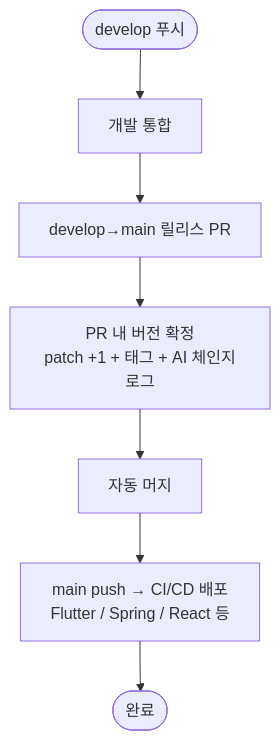
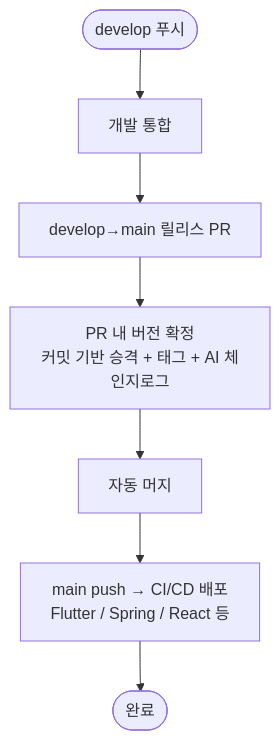
The second of 2 diagrams in README.md (Cassiiopeia/projectops), drawn with Mermaid before and after one commit. The commit also changed other lines of this file and 8 other files, not shown here.

````diff
--- a/README.md
+++ b/README.md
@@ -66,9 +66,9 @@
 ```mermaid
 flowchart TD
     A([develop 푸시]) --> B[개발 통합]
     B --> C[develop→main 릴리스 PR]
-    C --> D["PR 내 버전 확정<br/>patch +1 + 태그 + AI 체인지로그"]
+    C --> D["PR 내 버전 확정<br/>커밋 기반 승격 + 태그 + AI 체인지로그"]
     D --> E[자동 머지]
     E --> F["main push → CI/CD 배포<br/>Flutter / Spring / React 등"]
     F --> G([완료])
 ```
````
